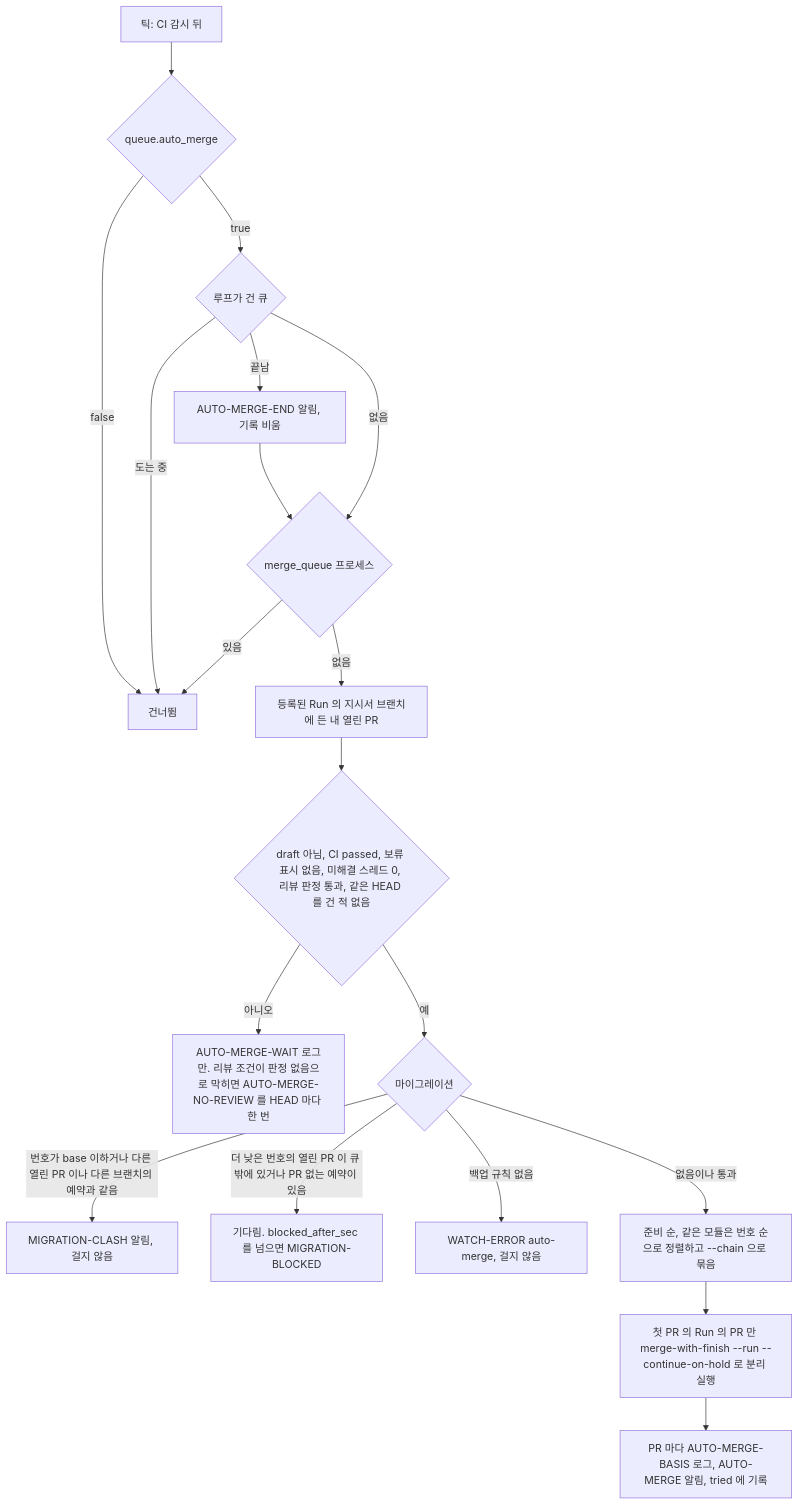
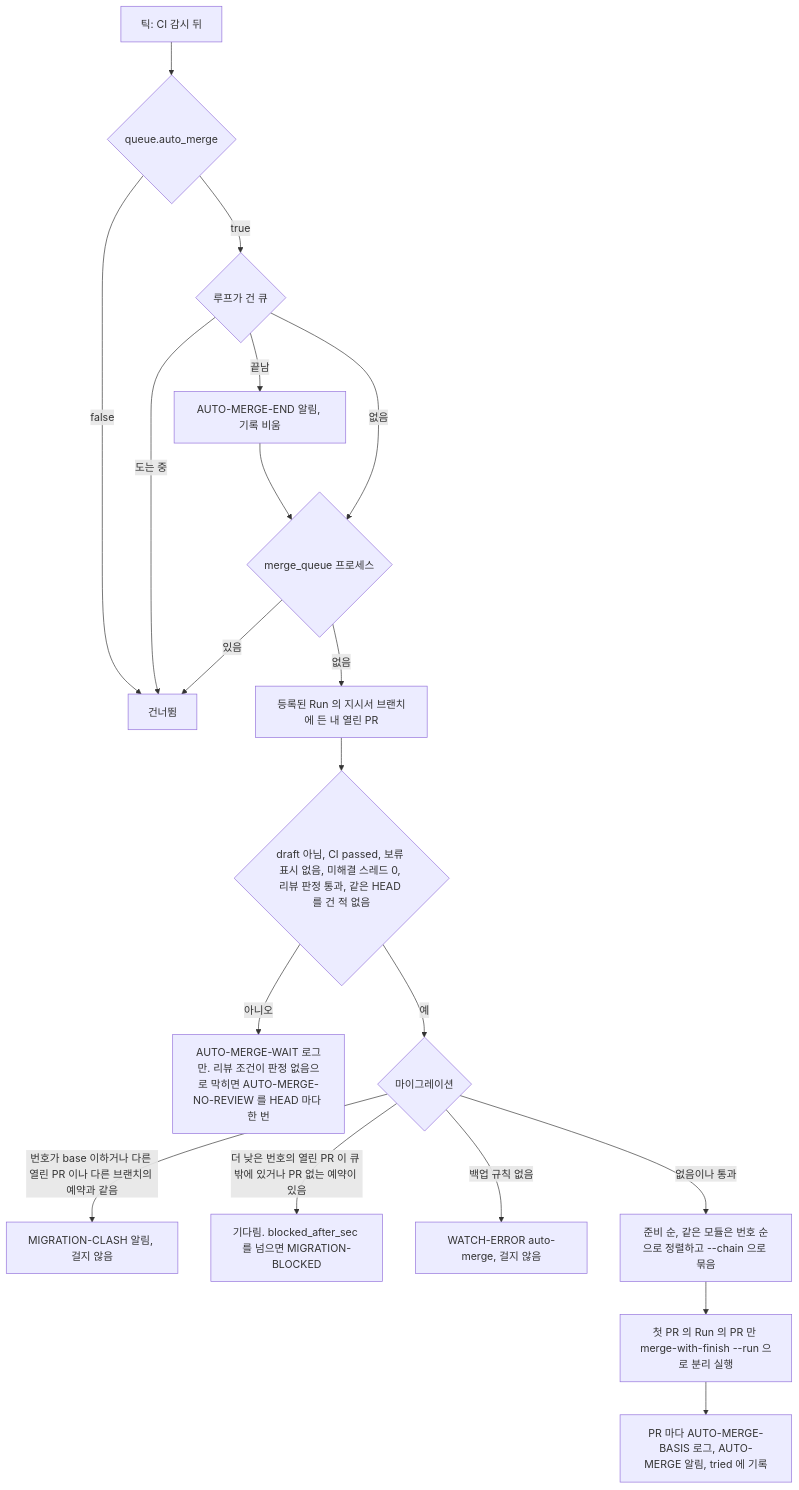
The seventh of 8 diagrams in docs/flow.md (jon890/fos-skills), drawn with Mermaid before and after one commit. The commit also changed other lines of this file and 6 other files, not shown here.

````diff
--- a/docs/flow.md
+++ b/docs/flow.md
@@ -291,21 +292,21 @@
 ```mermaid
 flowchart TD
     T[틱: CI 감시 뒤] --> E{queue.auto_merge}
     E -->|false| X[건너뜀]
     E -->|true| Q{루프가 건 큐}
     Q -->|끝남| END[AUTO-MERGE-END 알림, 기록 비움]
     Q -->|도는 중| X
     END --> P
     Q -->|없음| P{merge_queue 프로세스}
     P -->|있음| X
     P -->|없음| C[등록된 Run 의 지시서 브랜치에 든 내 열린 PR]
     C --> R{draft 아님, CI passed, 보류 표시 없음, 미해결 스레드 0, 리뷰 판정 통과, 같은 HEAD 를 건 적 없음}
     R -->|아니오| W[AUTO-MERGE-WAIT 로그만. 리뷰 조건이 판정 없음으로 막히면 AUTO-MERGE-NO-REVIEW 를 HEAD 마다 한 번]
     R -->|예| M{마이그레이션}
     M -->|번호가 base 이하거나 다른 열린 PR 이나 다른 브랜치의 예약과 같음| CL[MIGRATION-CLASH 알림, 걸지 않음]
     M -->|더 낮은 번호의 열린 PR 이 큐 밖에 있거나 PR 없는 예약이 있음| B[기다림. blocked_after_sec 를 넘으면 MIGRATION-BLOCKED]
     M -->|백업 규칙 없음| WE[WATCH-ERROR auto-merge, 걸지 않음]
     M -->|없음이나 통과| O[준비 순, 같은 모듈은 번호 순으로 정렬하고 --chain 으로 묶음]
-    O --> L[첫 PR 의 Run 의 PR 만 merge-with-finish --run --continue-on-hold 로 분리 실행]
+    O --> L[첫 PR 의 Run 의 PR 만 merge-with-finish --run 으로 분리 실행]
     L --> A[PR 마다 AUTO-MERGE-BASIS 로그, AUTO-MERGE 알림, tried 에 기록]
 ```
````
